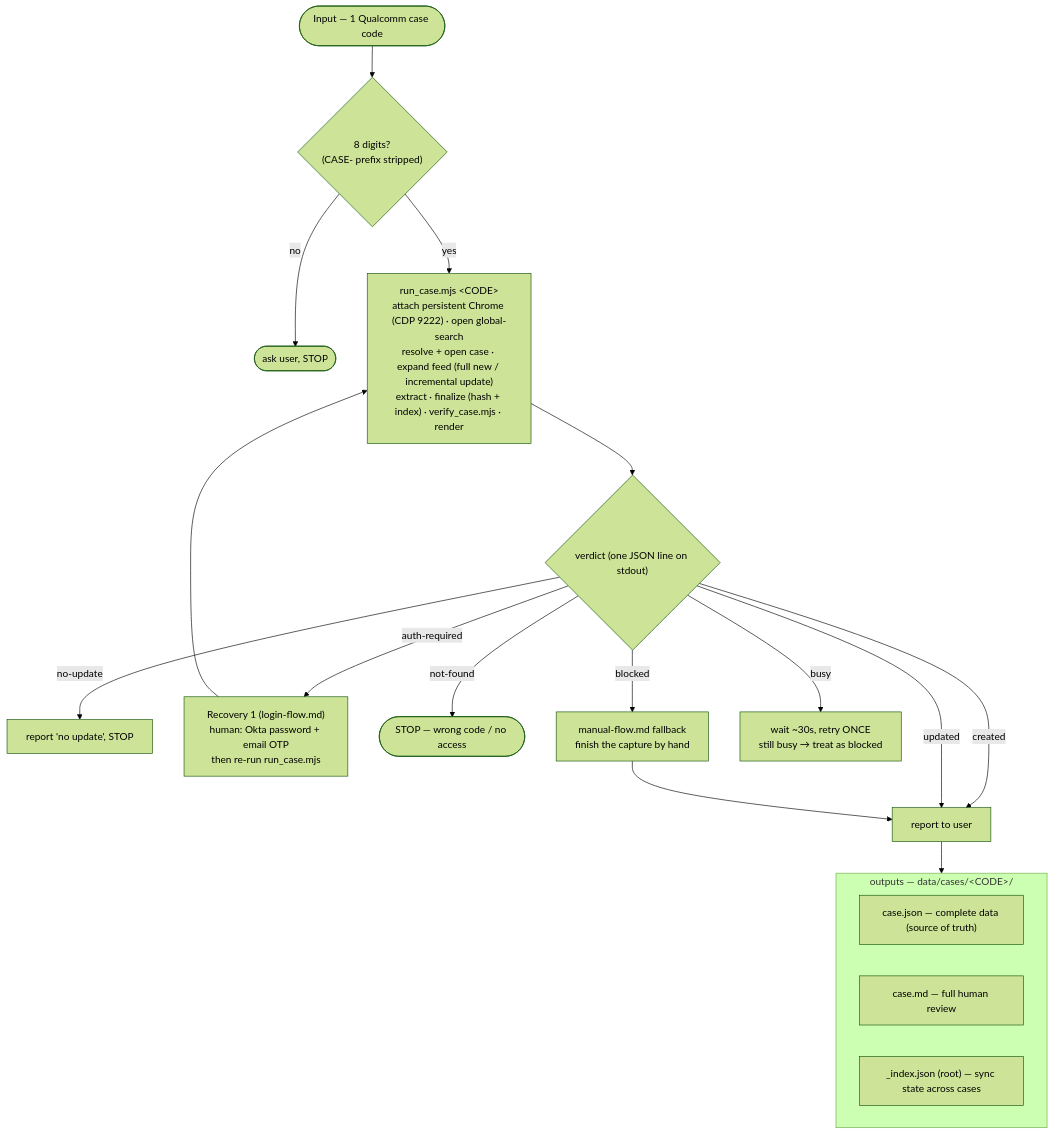
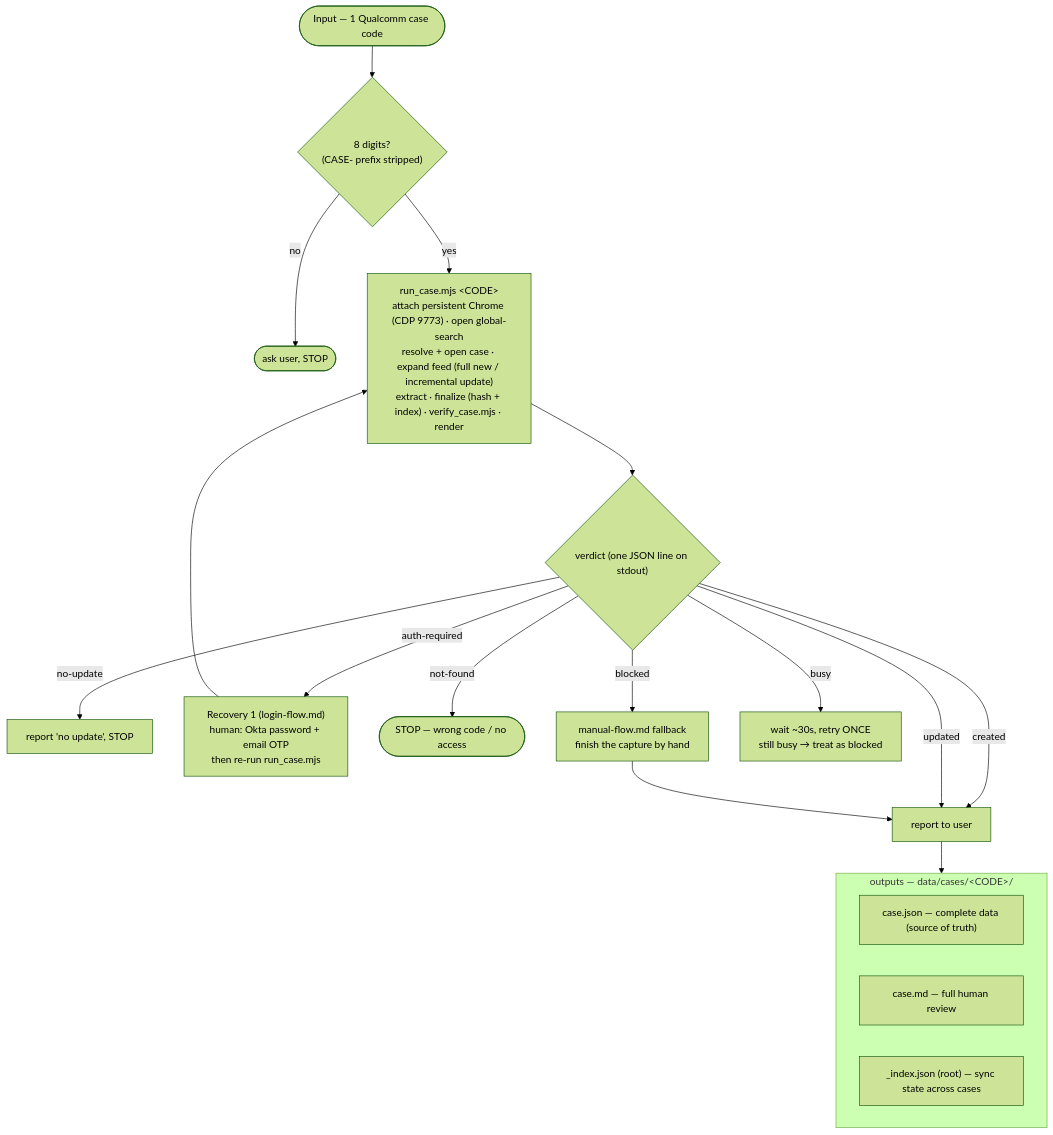
Before and after one commit to congtubkbn/qualcomm-case-agent: the diagram in .claude/skills/qualcomm-case-agent/references/workflow.md, drawn with Mermaid (forest theme). The commit also changed 16 other files, not shown here.

First line of the commit message:
fix(browser): verify CDP port identity before trusting a connection

````diff
--- a/.claude/skills/qualcomm-case-agent/references/workflow.md
+++ b/.claude/skills/qualcomm-case-agent/references/workflow.md
@@ -12,22 +12,22 @@
 ```mermaid
 flowchart TD
   IN(["Input — 1 Qualcomm case code"]) --> VALID{"8 digits?<br/>(CASE- prefix stripped)"}
   VALID -->|no| S0(["ask user, STOP"])
-  VALID -->|yes| RUN["run_case.mjs &lt;CODE&gt;<br/>attach persistent Chrome (CDP 9222) · open global-search<br/>resolve + open case · expand feed (full new / incremental update)<br/>extract · finalize (hash + index) · verify_case.mjs · render"]
+  VALID -->|yes| RUN["run_case.mjs &lt;CODE&gt;<br/>attach persistent Chrome (CDP 9773) · open global-search<br/>resolve + open case · expand feed (full new / incremental update)<br/>extract · finalize (hash + index) · verify_case.mjs · render"]
   RUN --> V{"verdict (one JSON line on stdout)"}
   V -->|created| REPORT["report to user"]
   V -->|updated| REPORT
   V -->|no-update| REPORT_NU["report 'no update', STOP"]
   V -->|auth-required| AUTH["Recovery 1 (login-flow.md)<br/>human: Okta password + email OTP<br/>then re-run run_case.mjs"]
   V -->|not-found| S1(["STOP — wrong code / no access"])
   V -->|blocked| MANUAL["manual-flow.md fallback<br/>finish the capture by hand"]
   V -->|busy| RETRY["wait ~30s, retry ONCE<br/>still busy → treat as blocked"]
   AUTH --> RUN
   MANUAL --> REPORT
   REPORT --> OUT
   subgraph OUT["outputs — data/cases/&lt;CODE&gt;/"]
     O1["case.json — complete data (source of truth)"]
     O2["case.md — full human review"]
     O3["_index.json (root) — sync state across cases"]
   end
 ```
````
